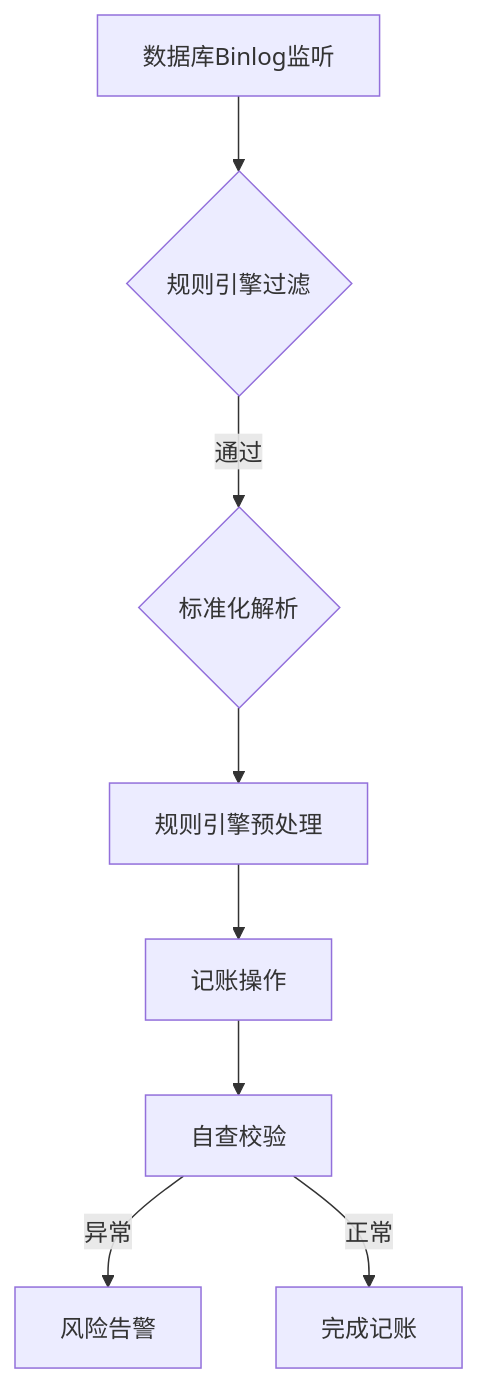
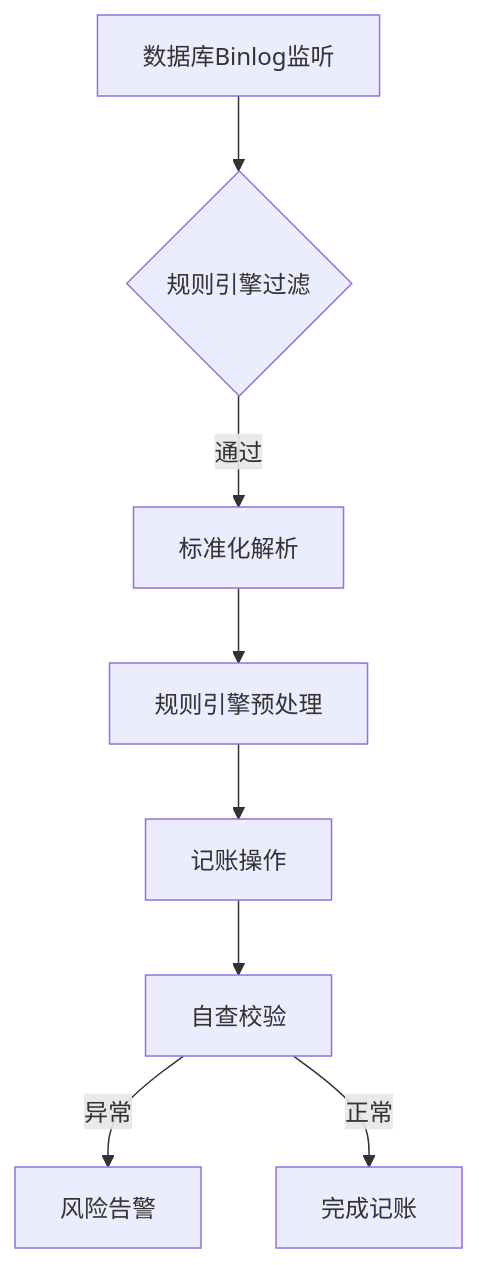
The diagram in all/架构流程.md (87828943/iodraw-files), drawn with Mermaid before and after one commit.

Commit message:
2025-07-07 10:54:43 update

````diff
--- a/all/架构流程.md
+++ b/all/架构流程.md
@@ -1,10 +1,10 @@
 ```mermaid
 graph TD
     A[数据库Binlog监听] --> B{规则引擎过滤}
-    B -->|通过| C{标准化解析}
+    B -->|通过| C[标准化解析]
     C --> D[规则引擎预处理]
     D --> E[记账操作]
     E --> F[自查校验]
     F -->|异常| G[风险告警]
     F -->|正常| H[完成记账]
 ```
````
